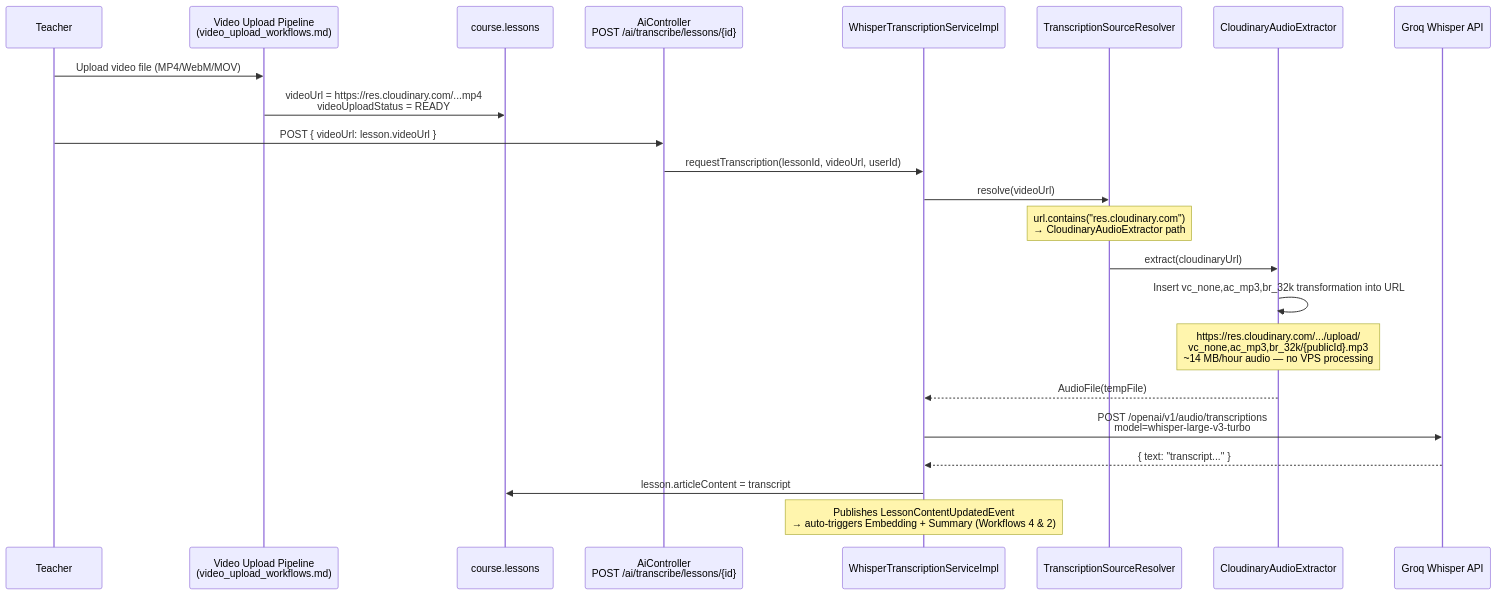
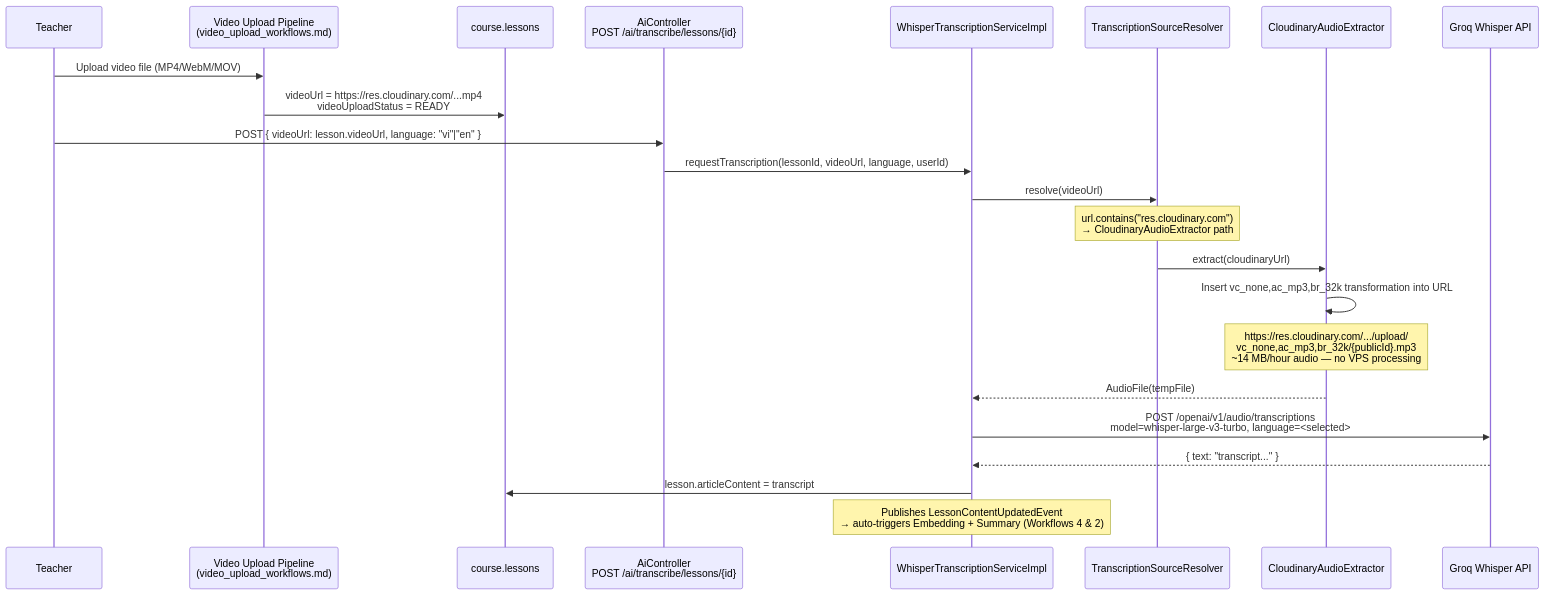
The sixth of 16 diagrams in docs/workflows/ai_workflows.md (HuuLocFIT/EduMind), drawn with Mermaid before and after one commit. The commit also changed other lines of this file and 13 other files, not shown here.

Commit message:
feat: enhance transcription service to support language selection and update related components

````diff
--- a/docs/workflows/ai_workflows.md
+++ b/docs/workflows/ai_workflows.md
@@ -391,31 +392,31 @@
 ```mermaid
 sequenceDiagram
     participant Teacher
     participant UploadFlow as Video Upload Pipeline<br/>(video_upload_workflows.md)
     participant DB as course.lessons
     participant AiController as AiController<br/>POST /ai/transcribe/lessons/{id}
     participant TransSvc as WhisperTranscriptionServiceImpl
     participant Resolver as TranscriptionSourceResolver
     participant CldExt as CloudinaryAudioExtractor
     participant GroqAPI as Groq Whisper API
 
     Teacher->>UploadFlow: Upload video file (MP4/WebM/MOV)
     UploadFlow->>DB: videoUrl = https://res.cloudinary.com/...mp4<br/>videoUploadStatus = READY
 
-    Teacher->>AiController: POST { videoUrl: lesson.videoUrl }
-    AiController->>TransSvc: requestTranscription(lessonId, videoUrl, userId)
+    Teacher->>AiController: POST { videoUrl: lesson.videoUrl, language: "vi"|"en" }
+    AiController->>TransSvc: requestTranscription(lessonId, videoUrl, language, userId)
 
     TransSvc->>Resolver: resolve(videoUrl)
     Note over Resolver: url.contains("res.cloudinary.com")<br/>→ CloudinaryAudioExtractor path
 
     Resolver->>CldExt: extract(cloudinaryUrl)
     CldExt->>CldExt: Insert vc_none,ac_mp3,br_32k transformation into URL
     Note over CldExt: https://res.cloudinary.com/.../upload/<br/>vc_none,ac_mp3,br_32k/{publicId}.mp3<br/>~14 MB/hour audio — no VPS processing
 
     CldExt-->>TransSvc: AudioFile(tempFile)
-    TransSvc->>GroqAPI: POST /openai/v1/audio/transcriptions<br/>model=whisper-large-v3-turbo
+    TransSvc->>GroqAPI: POST /openai/v1/audio/transcriptions<br/>model=whisper-large-v3-turbo, language=<selected>
     GroqAPI-->>TransSvc: { text: "transcript..." }
 
     TransSvc->>DB: lesson.articleContent = transcript
     Note over TransSvc: Publishes LessonContentUpdatedEvent<br/>→ auto-triggers Embedding + Summary (Workflows 4 & 2)
 ```
````
